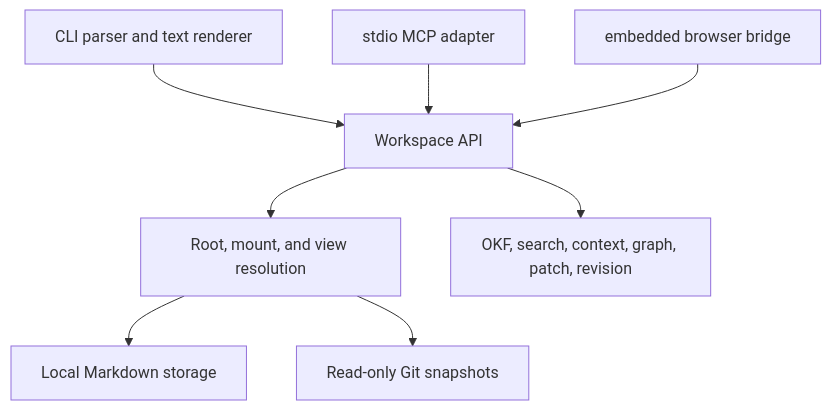
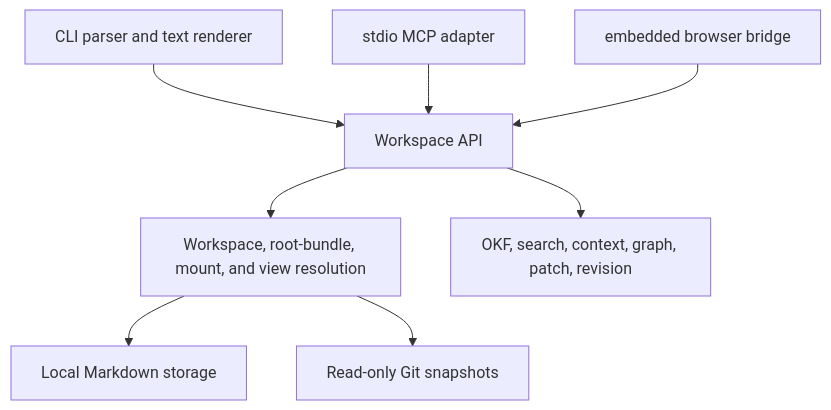
The diagram in docs/architecture/overview.md (factile/factile), drawn with Mermaid before and after one commit. The commit also changed other lines of this file and 84 other files, not shown here.

````diff
--- a/docs/architecture/overview.md
+++ b/docs/architecture/overview.md
@@ -15,19 +19,19 @@
 ```mermaid
 flowchart TD
     CLI[CLI parser and text renderer]
     MCP[stdio MCP adapter]
     UI[embedded browser bridge]
     WS[Workspace API]
-    VFS[Root, mount, and view resolution]
+    VFS[Workspace, root-bundle, mount, and view resolution]
     LOCAL[Local Markdown storage]
     GIT[Read-only Git snapshots]
     OPS[OKF, search, context, graph, patch, revision]
 
     CLI --> WS
     MCP --> WS
     UI --> WS
     WS --> VFS
     WS --> OPS
     VFS --> LOCAL
     VFS --> GIT
 ```
````
